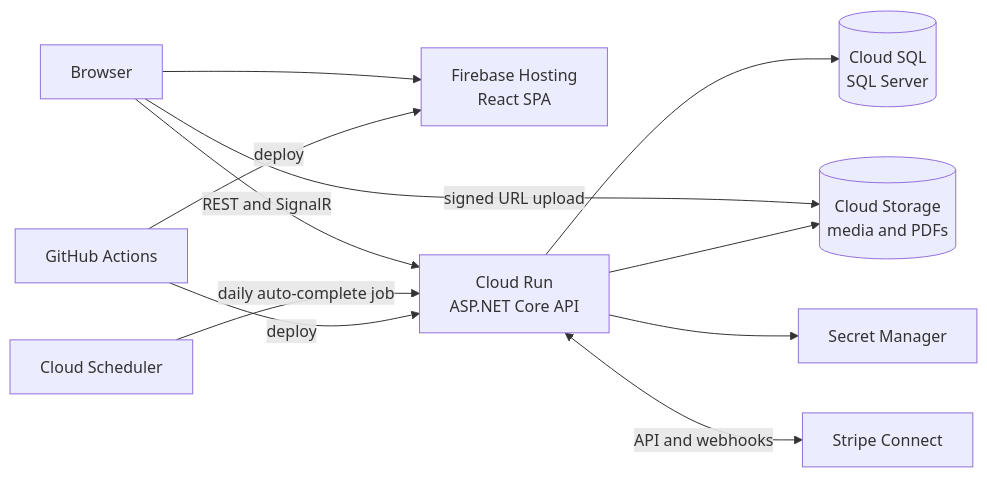
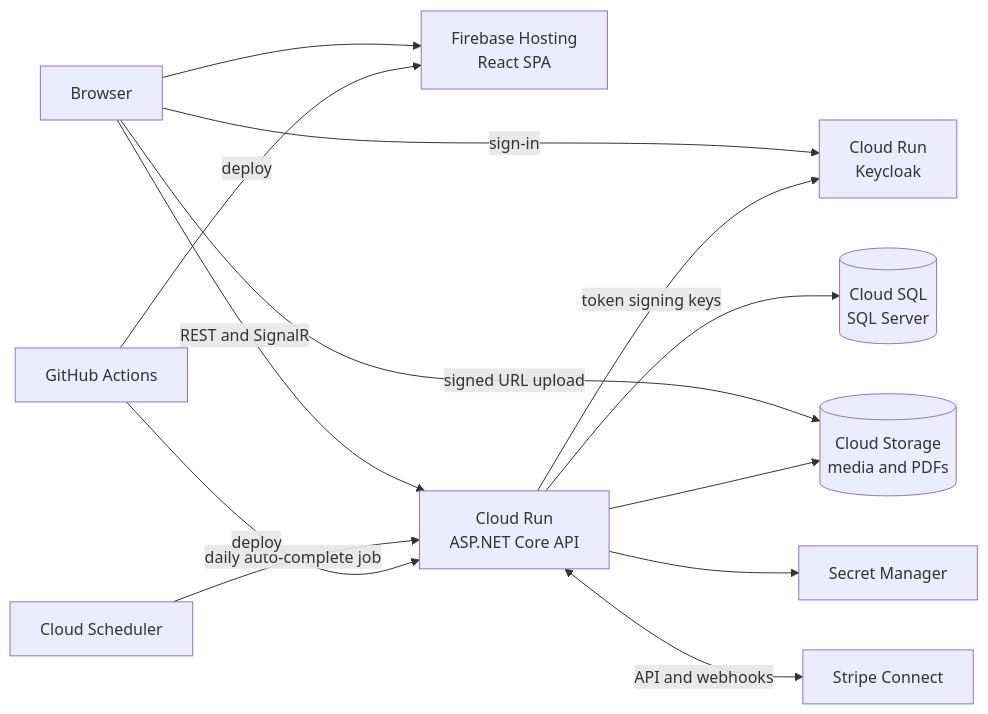
The diagram in docs/TECH_STACK.md (yzbeji/Hire-Now), drawn with Mermaid before and after one commit. The commit also changed other lines of this file and 25 other files, not shown here.

````diff
--- a/docs/TECH_STACK.md
+++ b/docs/TECH_STACK.md
@@ -26,13 +26,15 @@
 ```mermaid
 flowchart LR
     U[Browser] --> FH[Firebase Hosting<br/>React SPA]
     U -->|REST and SignalR| CR[Cloud Run<br/>ASP.NET Core API]
+    U -->|sign-in| KC[Cloud Run<br/>Keycloak]
     U -->|signed URL upload| GCS[(Cloud Storage<br/>media and PDFs)]
+    CR -->|token signing keys| KC
     CR --> SQL[(Cloud SQL<br/>SQL Server)]
     CR --> GCS
     CR --> SM[Secret Manager]
     CR <-->|API and webhooks| ST[Stripe Connect]
     CS[Cloud Scheduler] -->|daily auto-complete job| CR
     GH[GitHub Actions] -->|deploy| CR
     GH -->|deploy| FH
 ```
````
